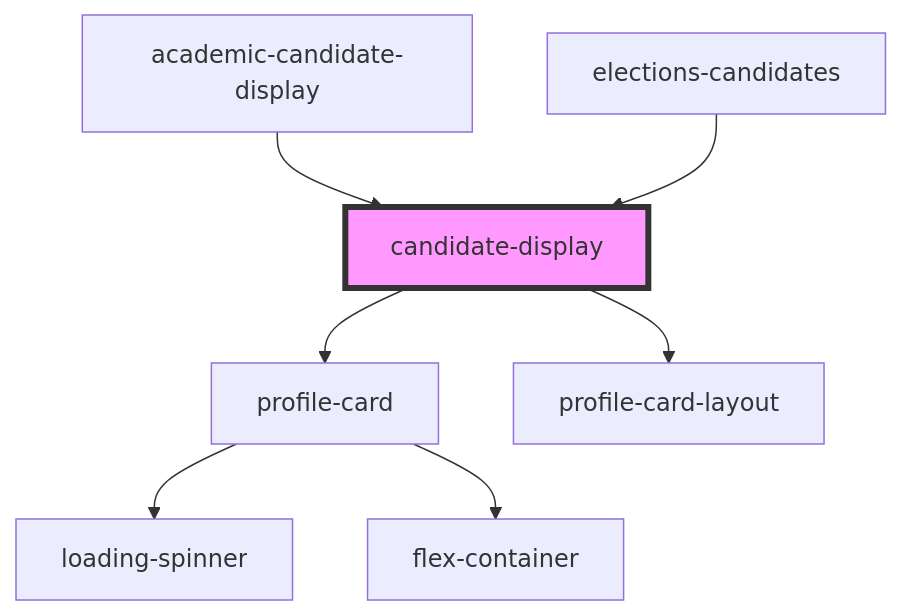
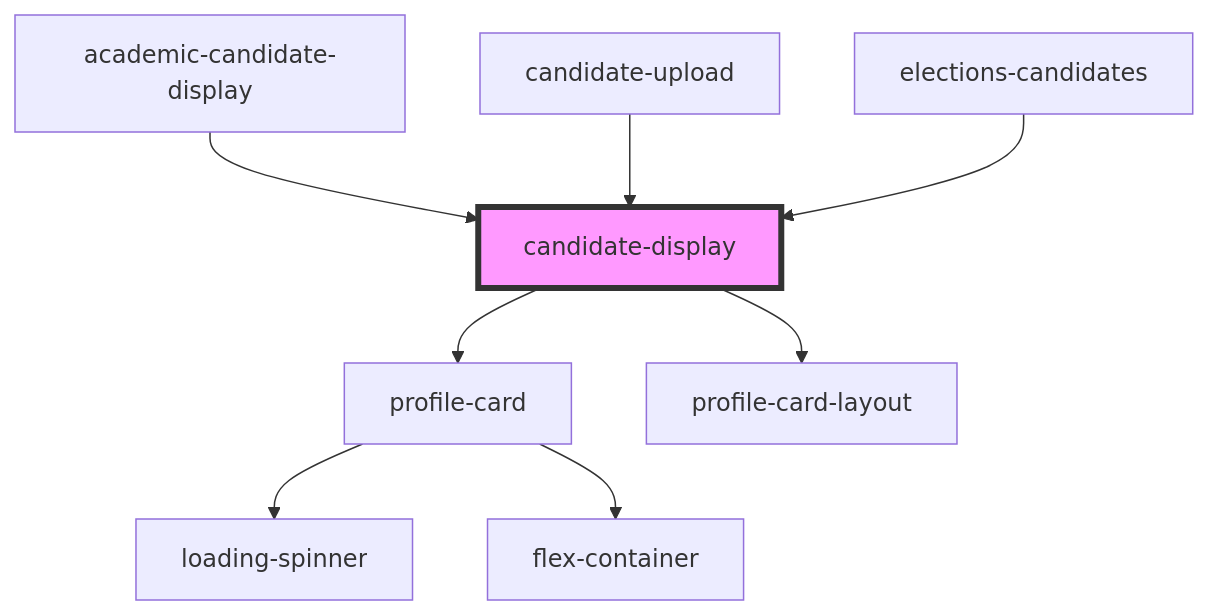
Before and after one commit to dev-kylo/component_library: the diagram in src/components/elections/elections-candidates/candidates-display/readme.md, drawn with Mermaid. The commit also changed other lines of this file and 12 other files, not shown here.

````diff
--- a/src/components/elections/elections-candidates/candidates-display/readme.md
+++ b/src/components/elections/elections-candidates/candidates-display/readme.md
@@ -28,10 +29,11 @@
 ```mermaid
 graph TD;
   candidate-display --> profile-card
   candidate-display --> profile-card-layout
   profile-card --> loading-spinner
   profile-card --> flex-container
   academic-candidate-display --> candidate-display
+  candidate-upload --> candidate-display
   elections-candidates --> candidate-display
   style candidate-display fill:#f9f,stroke:#333,stroke-width:4px
 ```
````
